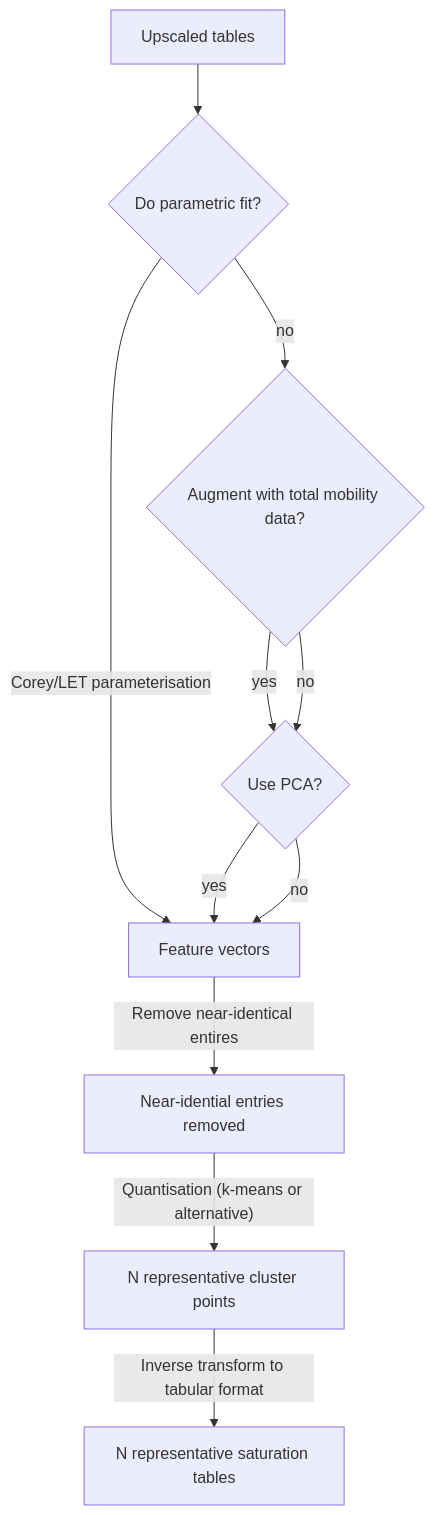
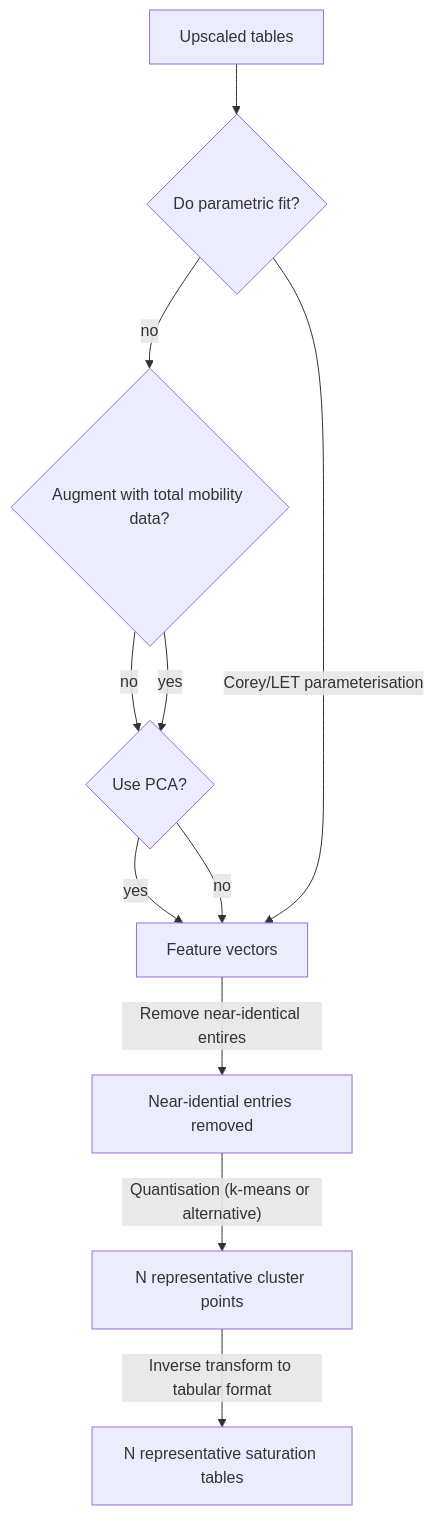
Before and after one commit to ImperialCollegeLondon/StrataTrapper: the first of 2 diagrams in src/compress/README.md, drawn with Mermaid. The commit also changed other lines of this file, not shown here.

````diff
--- a/src/compress/README.md
+++ b/src/compress/README.md
@@ -35,23 +35,23 @@
 ```mermaid
 flowchart TD
 upsc[Upscaled tables]
 do_param_fit{Do parametric fit?}
 embed{Augment with total mobility data?}
 clean[Near-idential entries removed]
 red{Use PCA?}
 latent[Feature vectors]
 repr[N representative cluster points]
 tabs[N representative saturation tables]
 
 upsc --> do_param_fit
-do_param_fit-- Corey/LET parameterisation --> latent
 do_param_fit -- no --> embed
+embed -- no --> red
 embed -- yes --> red
-embed -- no --> red
 red -- yes --> latent
 red -- no --> latent
+do_param_fit-- Corey/LET parameterisation --> latent
 latent -- Remove near-identical entires --> clean
 clean -- "Quantisation (k-means or alternative)" --> repr
 repr -- "Inverse transform to tabular format" --> tabs
 
 ```
````
